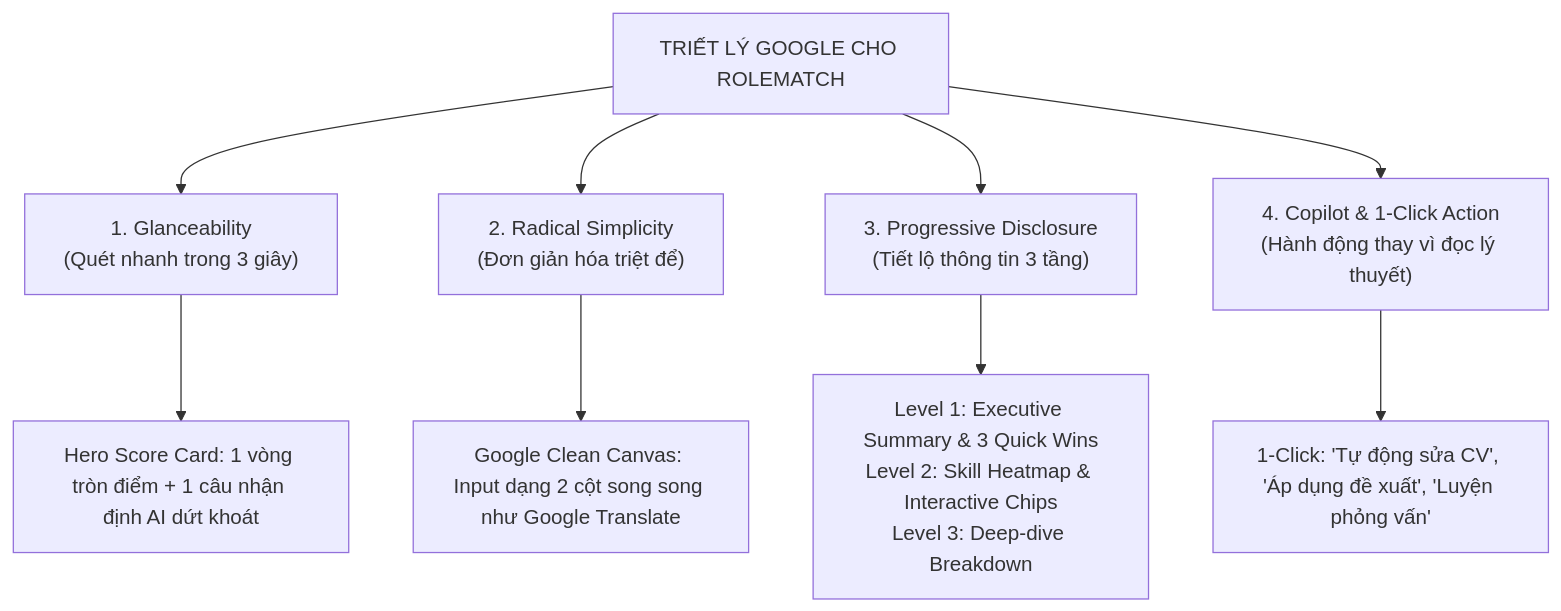
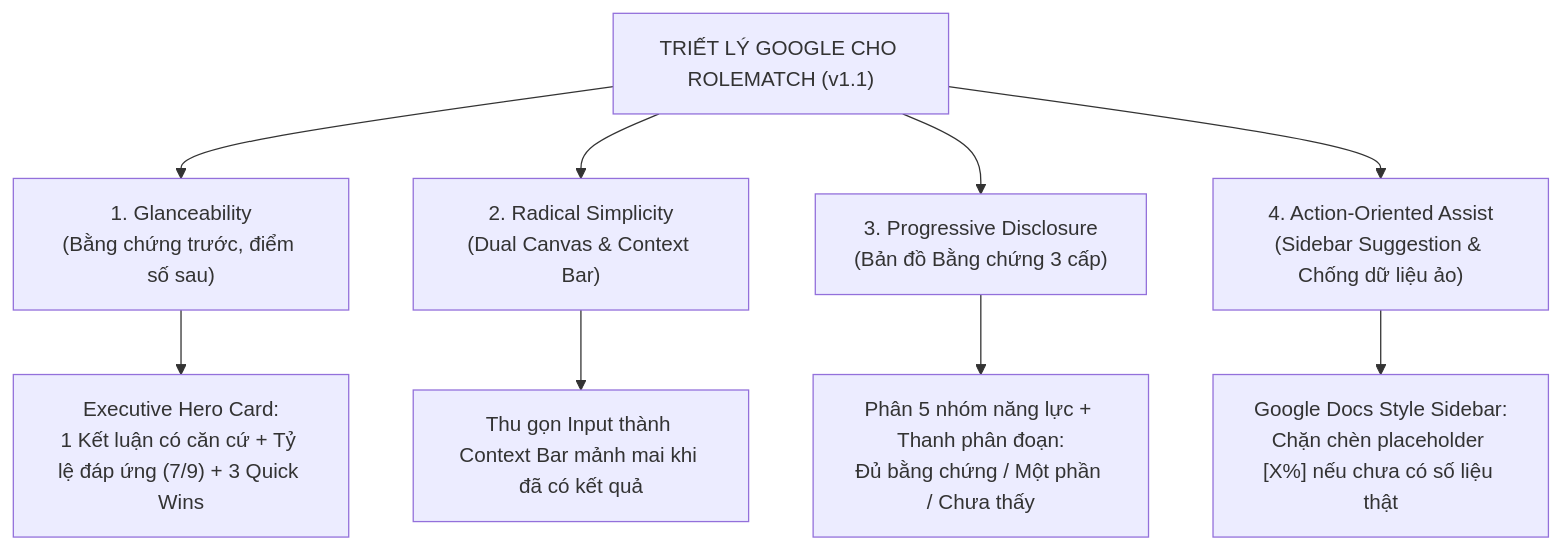
One commit to vutch86-cmyk/rolematch2 changed the first of 2 diagrams in docs/UI_UX_IMPLEMENTATION_PLAN.md. Above: the diagram before and after it, drawn with Mermaid. The commit also changed other lines of this file, not shown here.

````diff
--- a/docs/UI_UX_IMPLEMENTATION_PLAN.md
+++ b/docs/UI_UX_IMPLEMENTATION_PLAN.md
@@ -27,12 +26,12 @@
 ```mermaid
 flowchart TD
-    G["TRIẾT LÝ GOOGLE CHO ROLEMATCH"] --> G1["1. Glanceability<br/>(Quét nhanh trong 3 giây)"]
-    G --> G2["2. Radical Simplicity<br/>(Đơn giản hóa triệt để)"]
-    G --> G3["3. Progressive Disclosure<br/>(Tiết lộ thông tin 3 tầng)"]
-    G --> G4["4. Copilot & 1-Click Action<br/>(Hành động thay vì đọc lý thuyết)"]
+    G["TRIẾT LÝ GOOGLE CHO ROLEMATCH (v1.1)"] --> G1["1. Glanceability<br/>(Bằng chứng trước, điểm số sau)"]
+    G --> G2["2. Radical Simplicity<br/>(Dual Canvas & Context Bar)"]
+    G --> G3["3. Progressive Disclosure<br/>(Bản đồ Bằng chứng 3 cấp)"]
+    G --> G4["4. Action-Oriented Assist<br/>(Sidebar Suggestion & Chống dữ liệu ảo)"]
 
-    G1 --> R1["Hero Score Card: 1 vòng tròn điểm + 1 câu nhận định AI dứt khoát"]
-    G2 --> R2["Google Clean Canvas: Input dạng 2 cột song song như Google Translate"]
-    G3 --> R3["Level 1: Executive Summary & 3 Quick Wins<br/>Level 2: Skill Heatmap & Interactive Chips<br/>Level 3: Deep-dive Breakdown"]
-    G4 --> R4["1-Click: 'Tự động sửa CV', 'Áp dụng đề xuất', 'Luyện phỏng vấn'"]
+    G1 --> R1["Executive Hero Card:<br/>1 Kết luận có căn cứ + Tỷ lệ đáp ứng (7/9) + 3 Quick Wins"]
+    G2 --> R2["Thu gọn Input thành Context Bar mảnh mai khi đã có kết quả"]
+    G3 --> R3["Phân 5 nhóm năng lực + Thanh phân đoạn:<br/>Đủ bằng chứng / Một phần / Chưa thấy"]
+    G4 --> R4["Google Docs Style Sidebar:<br/>Chặn chèn placeholder [X%] nếu chưa có số liệu thật"]
 ```
````
